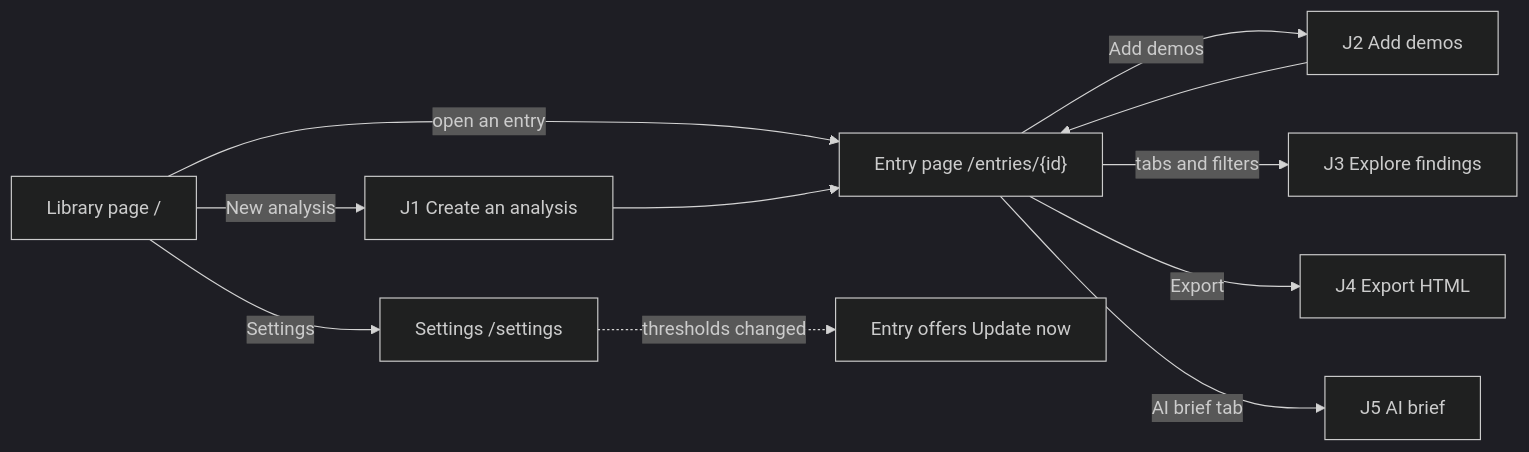
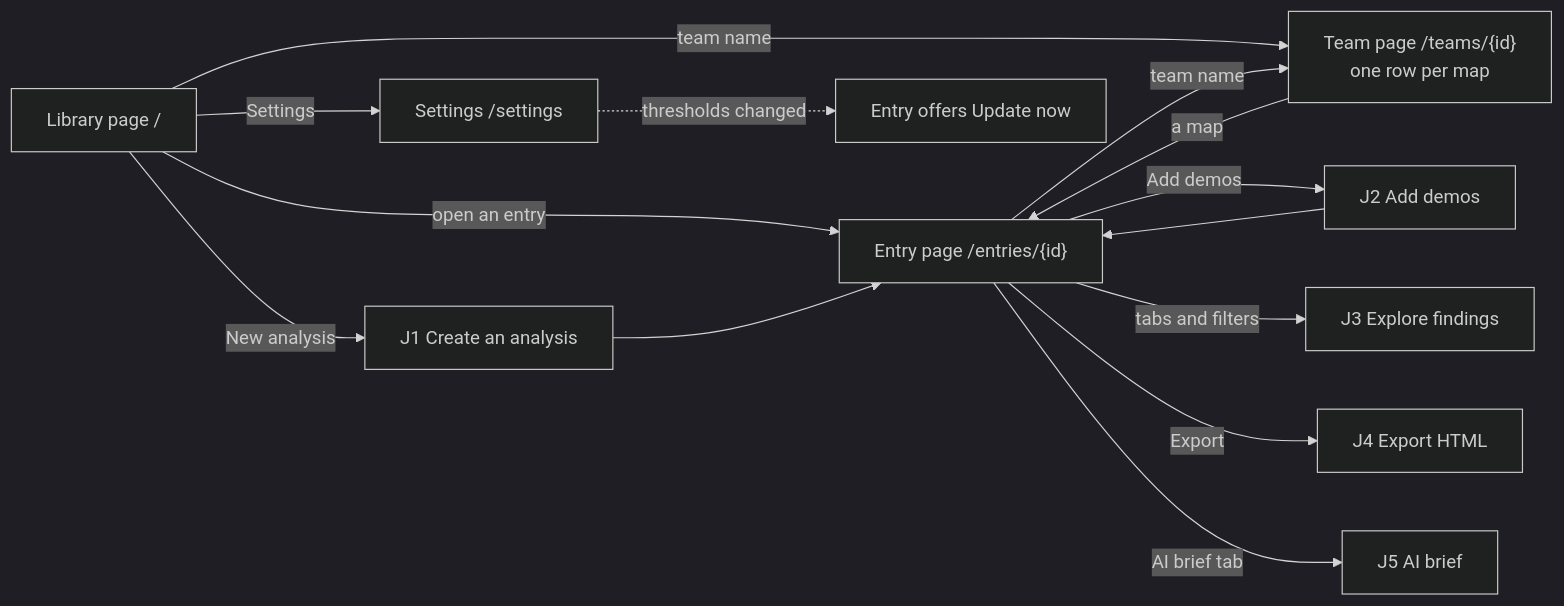
One commit to GeorgeMac06/CS2-demo-analyser changed the first of 5 diagrams in docs/workflows/user-journeys.md. Above: the diagram before and after it, drawn with Mermaid (dark theme). The commit also changed 10 other files, not shown here.

First line of the commit message:
Add a team page: all maps for one team

````diff
--- a/docs/workflows/user-journeys.md
+++ b/docs/workflows/user-journeys.md
@@ -8,13 +8,16 @@
 ```mermaid
 flowchart LR
   LIB["Library page /"] -->|New analysis| J1["J1 Create an analysis"]
   LIB -->|open an entry| ENTRY["Entry page /entries/{id}"]
+  LIB -->|team name| TEAM["Team page /teams/{id}<br/>one row per map"]
+  TEAM -->|a map| ENTRY
+  ENTRY -->|team name| TEAM
   J1 --> ENTRY
   ENTRY -->|Add demos| J2["J2 Add demos"]
   J2 --> ENTRY
   ENTRY -->|tabs and filters| J3["J3 Explore findings"]
   ENTRY -->|Export| J4["J4 Export HTML"]
   ENTRY -->|AI brief tab| J5["J5 AI brief"]
   LIB -->|Settings| SET["Settings /settings"]
   SET -.->|thresholds changed| UPD["Entry offers Update now"]
 ```
````
